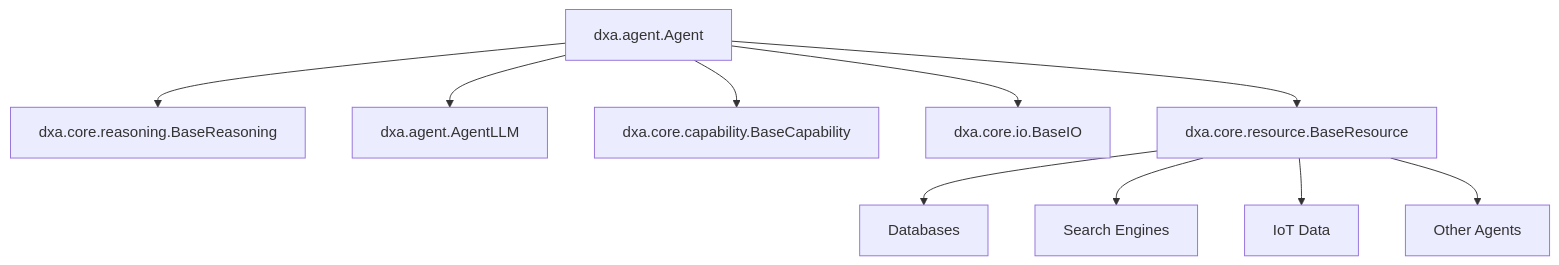
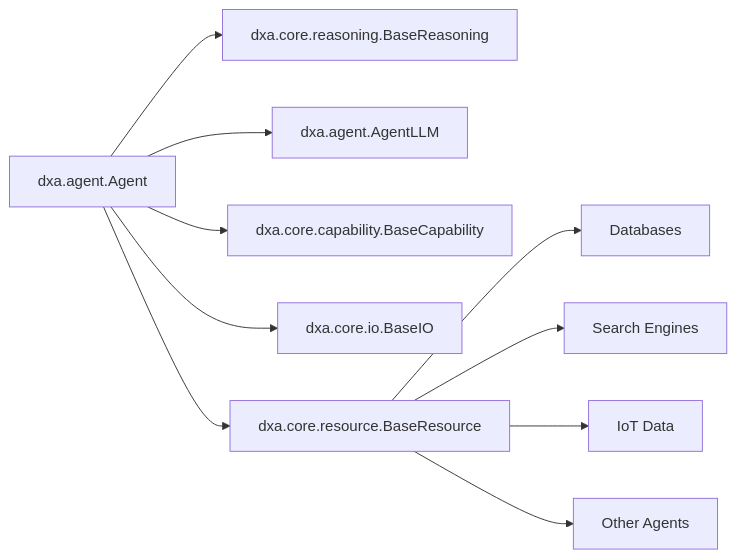
The diagram in dxa/README.md (aitomatic/dana), drawn with Mermaid before and after one commit. The commit also changed 1 other file, not shown here.

Commit message:
Update README navigation

````diff
--- a/dxa/README.md
+++ b/dxa/README.md
@@ -79,13 +79,13 @@
 ```mermaid
-graph TD
+graph LR
     A[dxa.agent.Agent] --> B[dxa.core.reasoning.BaseReasoning]
     A --> C[dxa.agent.AgentLLM]
     A --> D[dxa.core.capability.BaseCapability]
     A --> E[dxa.core.io.BaseIO]
     A --> F[dxa.core.resource.BaseResource]
     
     F --> G[Databases]
     F --> H[Search Engines]
     F --> I[IoT Data]
     F --> J[Other Agents]
 ```
````
